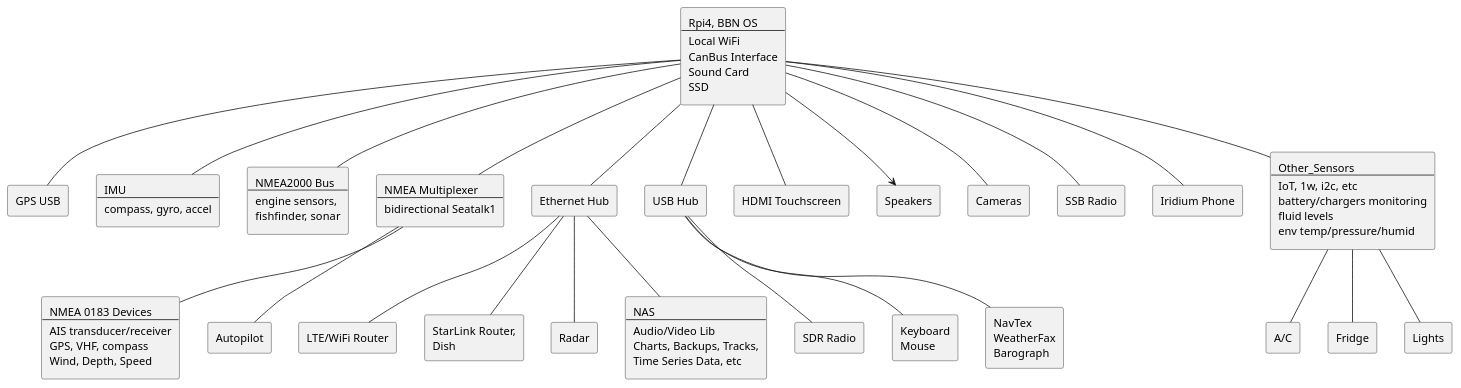
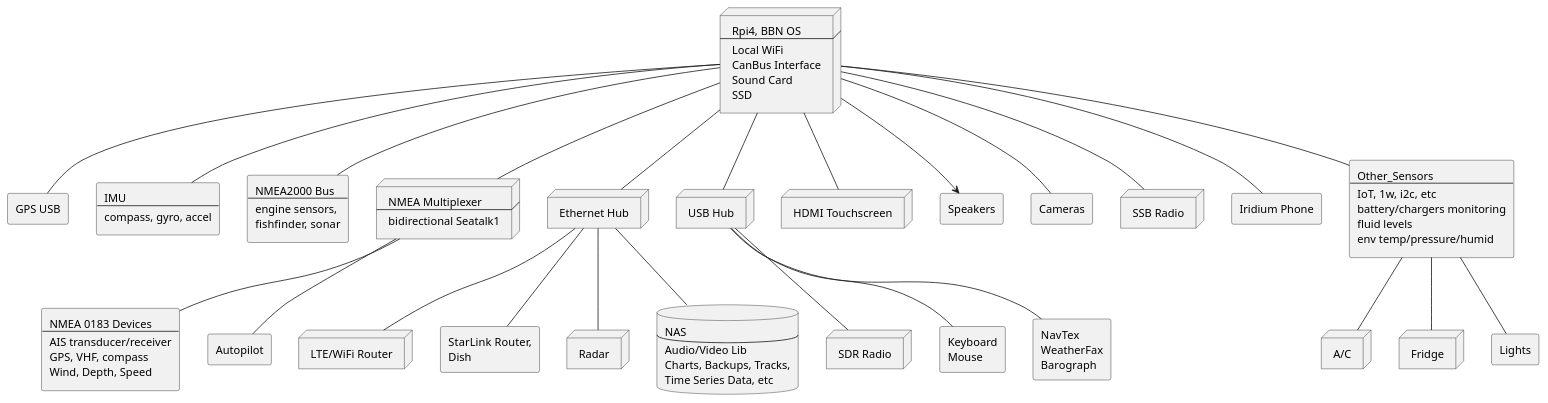
Before and after one commit to bareboat-necessities/my-bareboat: the diagram in docs/plantuml/system-arch.puml, drawn with PlantUML.

```diff
--- a/docs/plantuml/system-arch.puml
+++ b/docs/plantuml/system-arch.puml
@@ -1,161 +1,161 @@
 @startuml
 
-rectangle RPI [
+node RPI [
  Rpi4, BBN OS
  ----
  Local WiFi
  CanBus Interface
  Sound Card
  SSD
 ]
 
 rectangle GPS [
  GPS USB
 ]
 
 rectangle IMU [
  IMU
  ----
  compass, gyro, accel
 ]
 
 rectangle NMEA_2000 [
  NMEA2000 Bus
  ----
  engine sensors,
  fishfinder, sonar
 ]
 
-rectangle NMEA_Mux [
+node NMEA_Mux [
  NMEA Multiplexer
  ----
  bidirectional Seatalk1
 ]
 
 rectangle NMEA_0183 [
  NMEA 0183 Devices
  ----
  AIS transducer/receiver
  GPS, VHF, compass
  Wind, Depth, Speed
 ]
 
 rectangle AP [
  Autopilot
 ]
 
-rectangle Eth_Hub [
+node Eth_Hub [
  Ethernet Hub
 ]
 
-rectangle USB_Hub [
+node USB_Hub [
  USB Hub
 ]
 
-rectangle Router [
+node Router [
  LTE/WiFi Router
 ]
 
 rectangle Dish_Router [
  StarLink Router,
  Dish
 ]
 
-rectangle Radar [
+node Radar [
  Radar
 ]
 
-rectangle Touchscreen [
+node Touchscreen [
  HDMI Touchscreen
 ]
 
 rectangle Speakers [
  Speakers
 ]
 
 rectangle Cameras [
  Cameras
 ]
 
-rectangle SDR [
+node SDR [
  SDR Radio
 ]
 
-rectangle SSB [
+node SSB [
  SSB Radio
 ]
 
 rectangle Iridium [
  Iridium Phone
 ]
 
 rectangle Other_Sensors [
  Other_Sensors
  ----
  IoT, 1w, i2c, etc
  battery/chargers monitoring
  fluid levels
  env temp/pressure/humid
 ]
 
-rectangle AC [
+node AC [
  A/C
 ]
 
-rectangle Fridge [
+node Fridge [
  Fridge
 ]
 
 rectangle Lights [
  Lights
 ]
 
 rectangle Keyboard_Mouse [
  Keyboard
  Mouse
 ]
 
 rectangle Weather [
  NavTex
  WeatherFax
  Barograph
 ]
 
-rectangle NAS [
+database NAS [
  NAS
  ----
  Audio/Video Lib
  Charts, Backups, Tracks,
  Time Series Data, etc
 ]
 
 RPI -- GPS
 RPI -- IMU
 RPI -- NMEA_2000
 RPI -- NMEA_Mux
 RPI -- Eth_Hub
 RPI -- USB_Hub
 RPI -- Touchscreen
 RPI -- Cameras
 RPI --> Speakers
 RPI -- SSB
 RPI -- Iridium
 RPI -- Other_Sensors
 
 Eth_Hub -- Router
 Eth_Hub -- Radar
 Eth_Hub -- NAS
 Eth_Hub -- Dish_Router
 
 USB_Hub -- SDR
 USB_Hub -- Weather
 USB_Hub -- Keyboard_Mouse
 
 Other_Sensors -- AC
 Other_Sensors -- Fridge
 Other_Sensors -- Lights
 
 NMEA_Mux -- NMEA_0183
 NMEA_Mux -- AP
 
 @enduml
```
